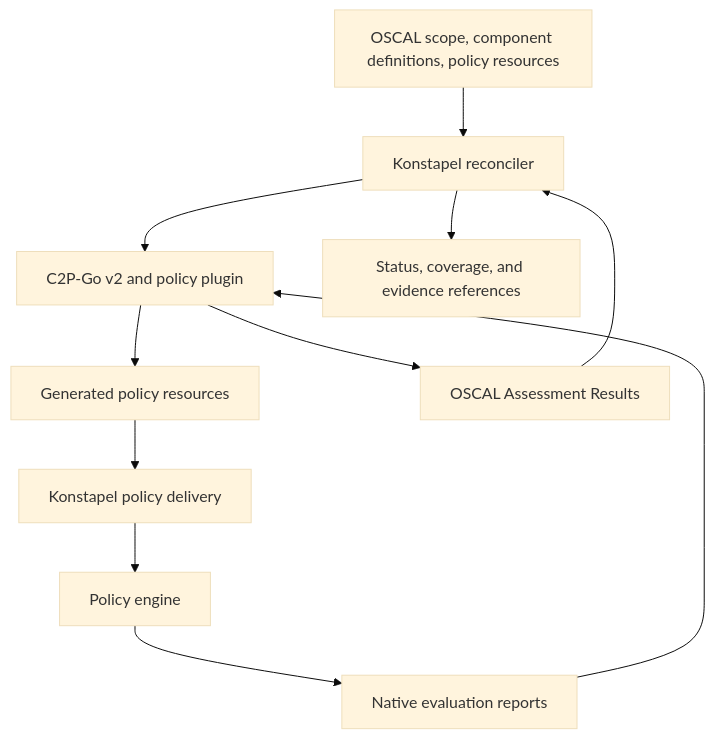
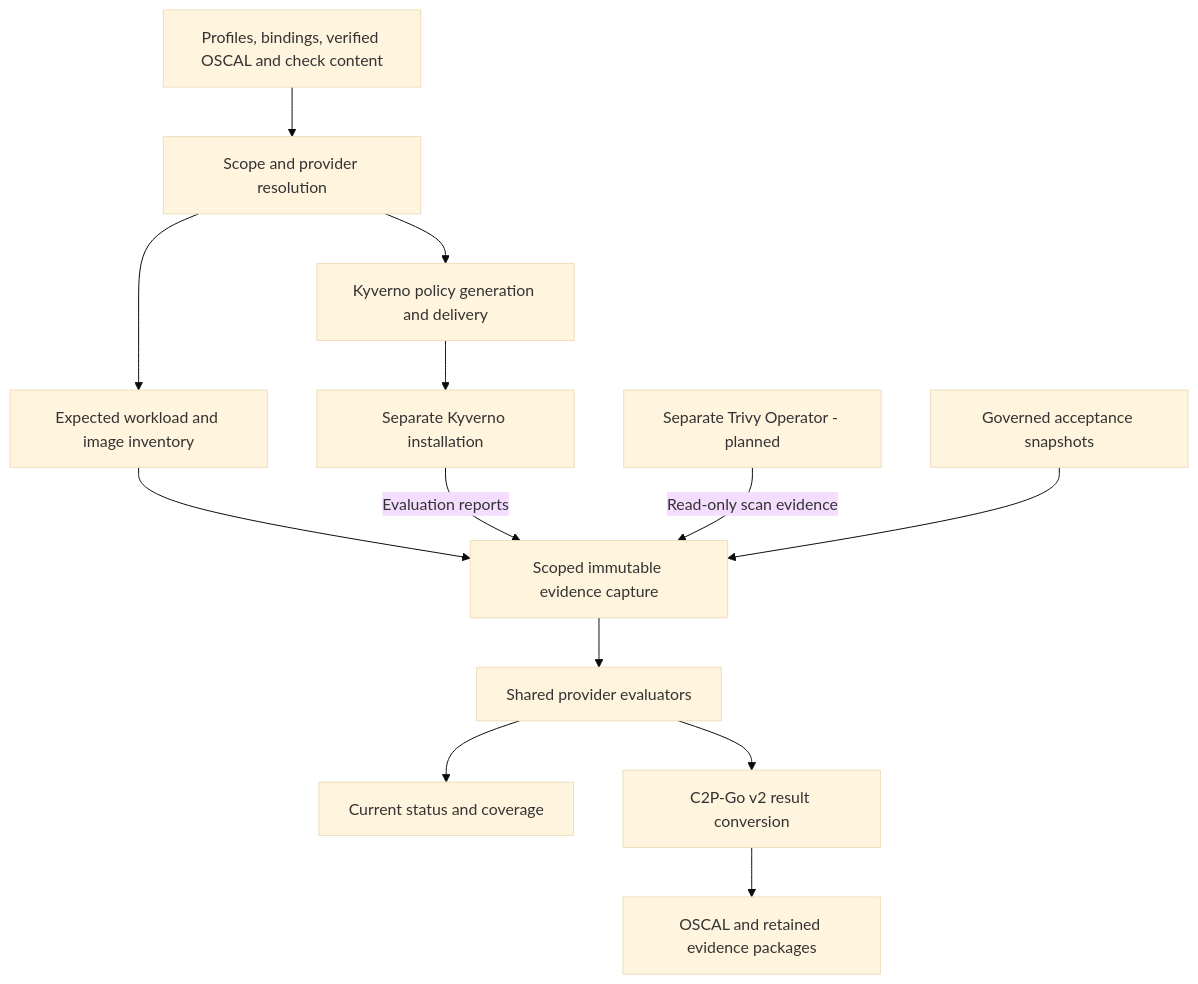
The diagram in ARCHITECTURE.md (backend-bunny/Konstapel), drawn with Mermaid (base theme) before and after one commit. The commit also changed other lines of this file and 8 other files, not shown here.

Commit message:
docs: plan Trivy vulnerability assessment

````diff
--- a/ARCHITECTURE.md
+++ b/ARCHITECTURE.md
@@ -43,13 +49,15 @@
 ```mermaid
 flowchart TD
-    Inputs[OSCAL scope, component definitions, policy resources] --> Controller
-    Controller[Konstapel reconciler] --> C2P[C2P-Go v2 and policy plugin]
-    C2P --> Policies[Generated policy resources]
-    Policies --> Delivery[Konstapel policy delivery]
-    Delivery --> Engine[Policy engine]
-    Engine --> Reports[Native evaluation reports]
-    Reports --> C2P
-    C2P --> Assessment[OSCAL Assessment Results]
-    Assessment --> Controller
-    Controller --> Status[Status, coverage, and evidence references]
+    Inputs[Profiles, bindings, verified OSCAL and check content] --> Resolve[Scope and provider resolution]
+    Resolve --> Delivery[Kyverno policy generation and delivery]
+    Delivery --> Kyverno[Separate Kyverno installation]
+    Resolve --> Inventory[Expected workload and image inventory]
+    Inventory --> Capture[Scoped immutable evidence capture]
+    Kyverno -->|Evaluation reports| Capture
+    Trivy[Separate Trivy Operator - planned] -->|Read-only scan evidence| Capture
+    Exceptions[Governed acceptance snapshots] --> Capture
+    Capture --> Evaluation[Shared provider evaluators]
+    Evaluation --> Status[Current status and coverage]
+    Evaluation --> C2P[C2P-Go v2 result conversion]
+    C2P --> Assessment[OSCAL and retained evidence packages]
 ```
````
